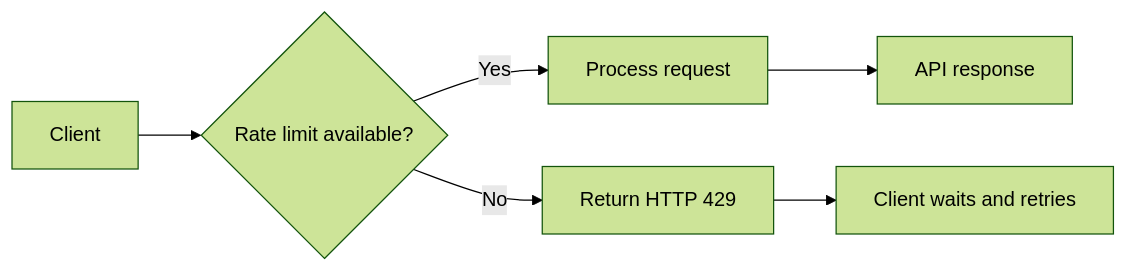
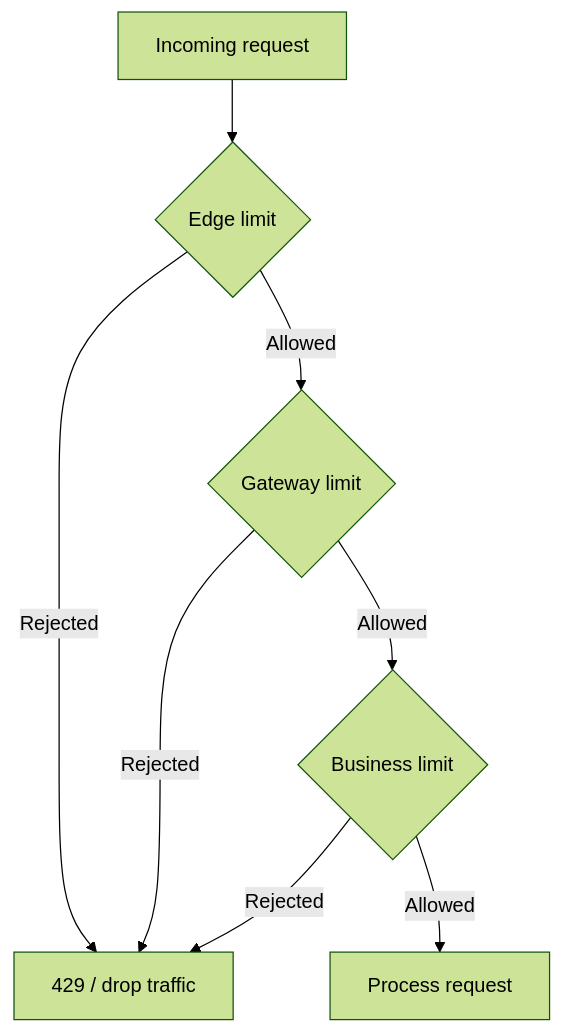
One commit to AvadhBhalodiya/Interview-Preparation changed the second of 4 diagrams in src/content/api-design/rate-limiting.md. Above: the diagram before and after it, drawn with Mermaid (forest theme). The commit also changed other lines of this file and 54 other files, not shown here.

````diff
--- a/src/content/api-design/rate-limiting.md
+++ b/src/content/api-design/rate-limiting.md
@@ -51,8 +160,10 @@
 ```mermaid
-flowchart LR
-    A[Client] --> B{Rate limit available?}
-    B -- Yes --> C[Process request]
-    B -- No --> D[Return HTTP 429]
-    C --> E[API response]
-    D --> F[Client waits and retries]
+flowchart TD
+    A[Incoming request] --> B{Edge limit}
+    B -- Rejected --> X[429 / drop traffic]
+    B -- Allowed --> C{Gateway limit}
+    C -- Rejected --> X
+    C -- Allowed --> D{Business limit}
+    D -- Rejected --> X
+    D -- Allowed --> E[Process request]
 ```
````
